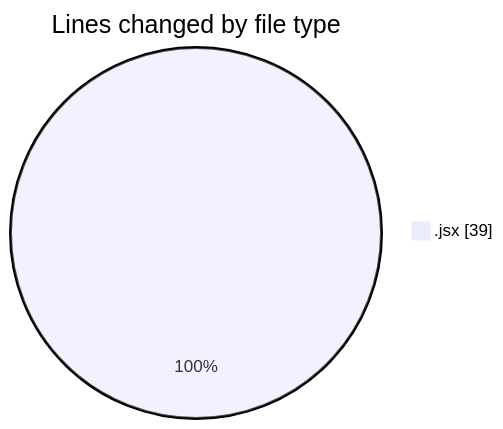
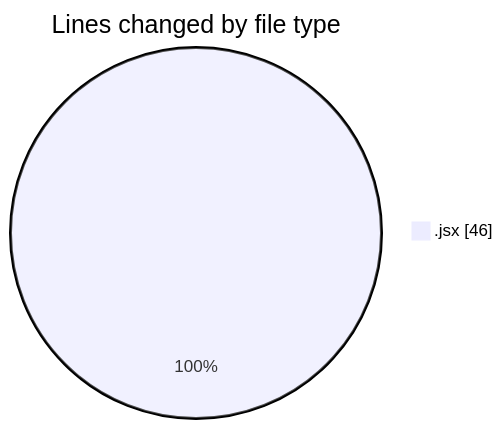
The first of 2 diagrams in 2025-06-26/nxtqube_webapp/README.md (nxtqubesakshisongat/code-tracking), drawn with Mermaid before and after one commit. The commit also changed other lines of this file and 1 other file, not shown here.

````diff
--- a/2025-06-26/nxtqube_webapp/README.md
+++ b/2025-06-26/nxtqube_webapp/README.md
@@ -20,5 +20,5 @@
 ```mermaid
 pie showData
 title Lines changed by file type
-".jsx" : 39
+".jsx" : 46
 ```
````
